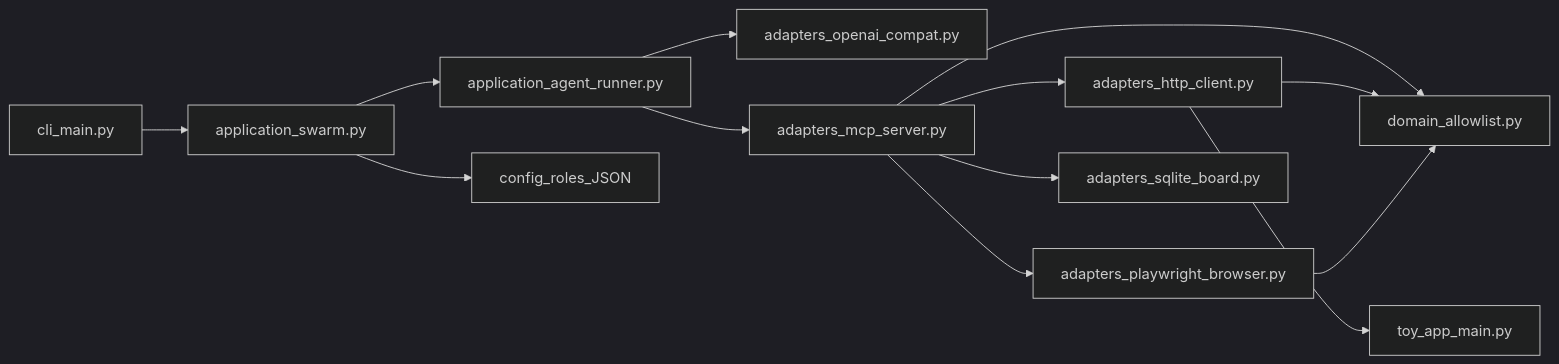
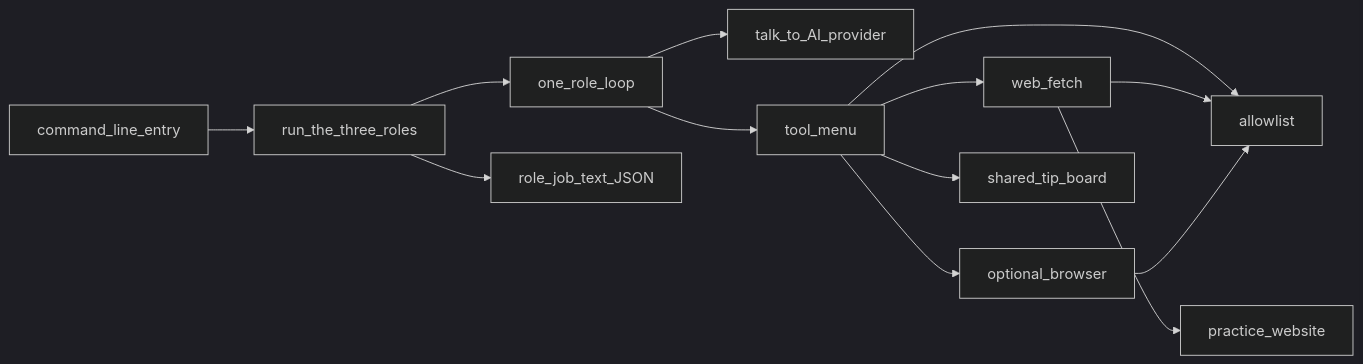
The second of 2 diagrams in docs/ARCHITECTURE.md (New-Sheep/control-eval-lab), drawn with Mermaid (dark theme) before and after one commit. The commit also changed other lines of this file and 8 other files, not shown here.

````diff
--- a/docs/ARCHITECTURE.md
+++ b/docs/ARCHITECTURE.md
@@ -32,27 +38,27 @@
 ```mermaid
 flowchart LR
-  main[cli_main.py]
-  sw[application_swarm.py]
-  ar[application_agent_runner.py]
-  roles[config_roles_JSON]
-  llm[adapters_openai_compat.py]
-  mcp[adapters_mcp_server.py]
-  al[domain_allowlist.py]
-  http[adapters_http_client.py]
-  br[adapters_playwright_browser.py]
-  board[adapters_sqlite_board.py]
-  toy[toy_app_main.py]
+  main[command_line_entry]
+  sw[run_the_three_roles]
+  ar[one_role_loop]
+  roles[role_job_text_JSON]
+  llm[talk_to_AI_provider]
+  tools[tool_menu]
+  al[allowlist]
+  http[web_fetch]
+  br[optional_browser]
+  board[shared_tip_board]
+  toy[practice_website]
 
   main --> sw
   sw --> ar
   sw --> roles
   ar --> llm
-  ar --> mcp
-  mcp --> al
-  mcp --> http
-  mcp --> br
-  mcp --> board
+  ar --> tools
+  tools --> al
+  tools --> http
+  tools --> br
+  tools --> board
   http --> al
   br --> al
   http --> toy
 ```
````
